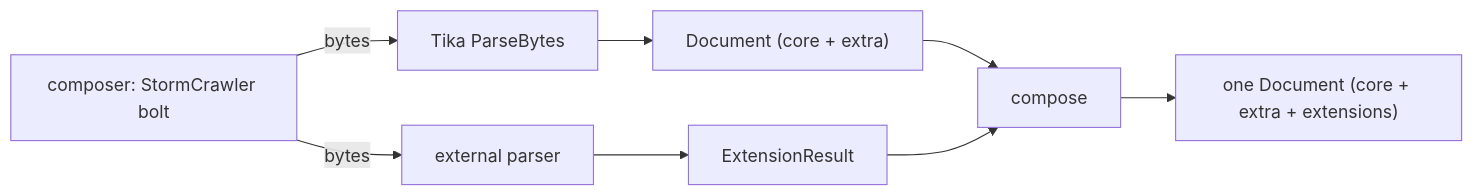
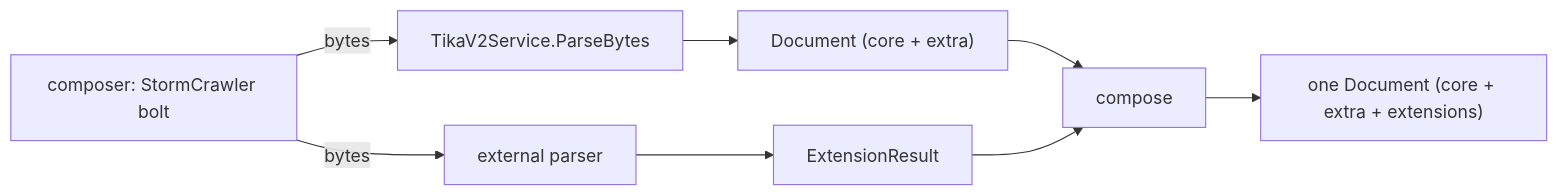
One commit to apache/tika changed the diagram in tika-grpc/TIKA-4771-composable-document.md. Above: the diagram before and after it, drawn with Mermaid. The commit also changed other lines of this file, not shown here.

First line of the commit message:
TIKA-4771: follow the TIKA-4766 v2 rename in the design sketch

````diff
--- a/tika-grpc/TIKA-4771-composable-document.md
+++ b/tika-grpc/TIKA-4771-composable-document.md
@@ -118,10 +126,10 @@
 ```mermaid
 flowchart LR
-    SC[composer: StormCrawler bolt] -->|bytes| T[Tika ParseBytes]
+    SC[composer: StormCrawler bolt] -->|bytes| T[TikaV2Service.ParseBytes]
     SC -->|bytes| P[external parser]
     T --> D["Document (core + extra)"]
     P --> E[ExtensionResult]
     D --> M[compose]
     E --> M
     M --> OUT["one Document (core + extra + extensions)"]
 ```
````
